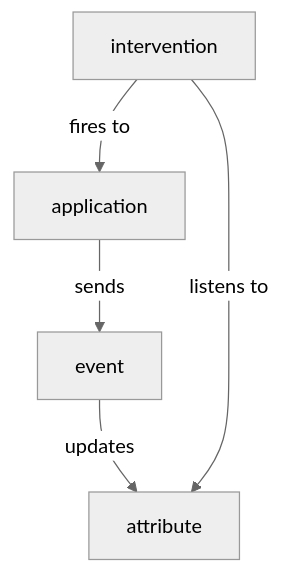
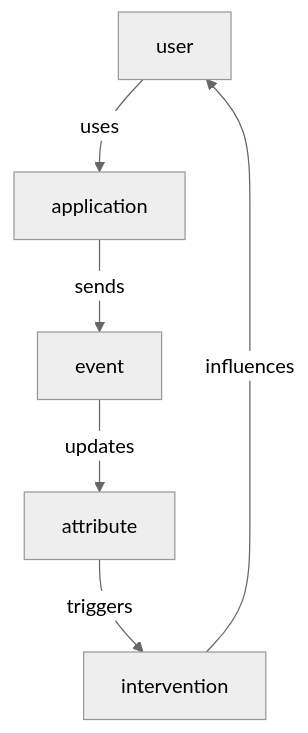
One commit to snowplow/documentation changed the fifth of 5 diagrams in docs/signals/concepts/index.md. Above: the diagram before and after it, drawn with Mermaid (neutral theme). The commit also changed other lines of this file and 1 other file, not shown here.

Commit message:
Interventions dataflow diagrams

````diff
--- a/docs/signals/concepts/index.md
+++ b/docs/signals/concepts/index.md
@@ -256,7 +257,8 @@
 ```mermaid
 flowchart TD
-    Application[application] -->|sends| Event[event]
-    Event -->|updates| Attribute[attribute]
-    Intervention[intervention] -->|listens to| Attribute
-    Intervention -->|fires to| Application
+    user -->|uses| application
+    application -->|sends| event
+    event -->|updates| attribute
+    attribute -->|triggers| intervention
+    intervention -->|influences| user
 ```
````
